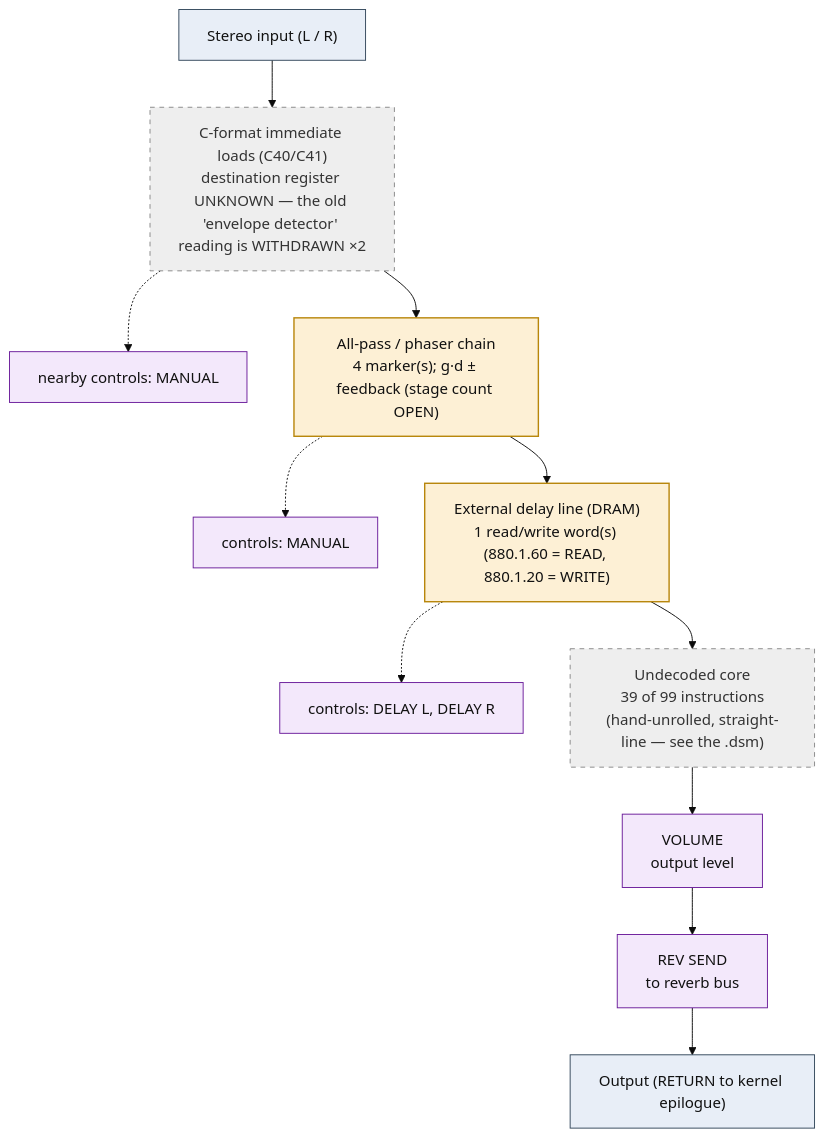
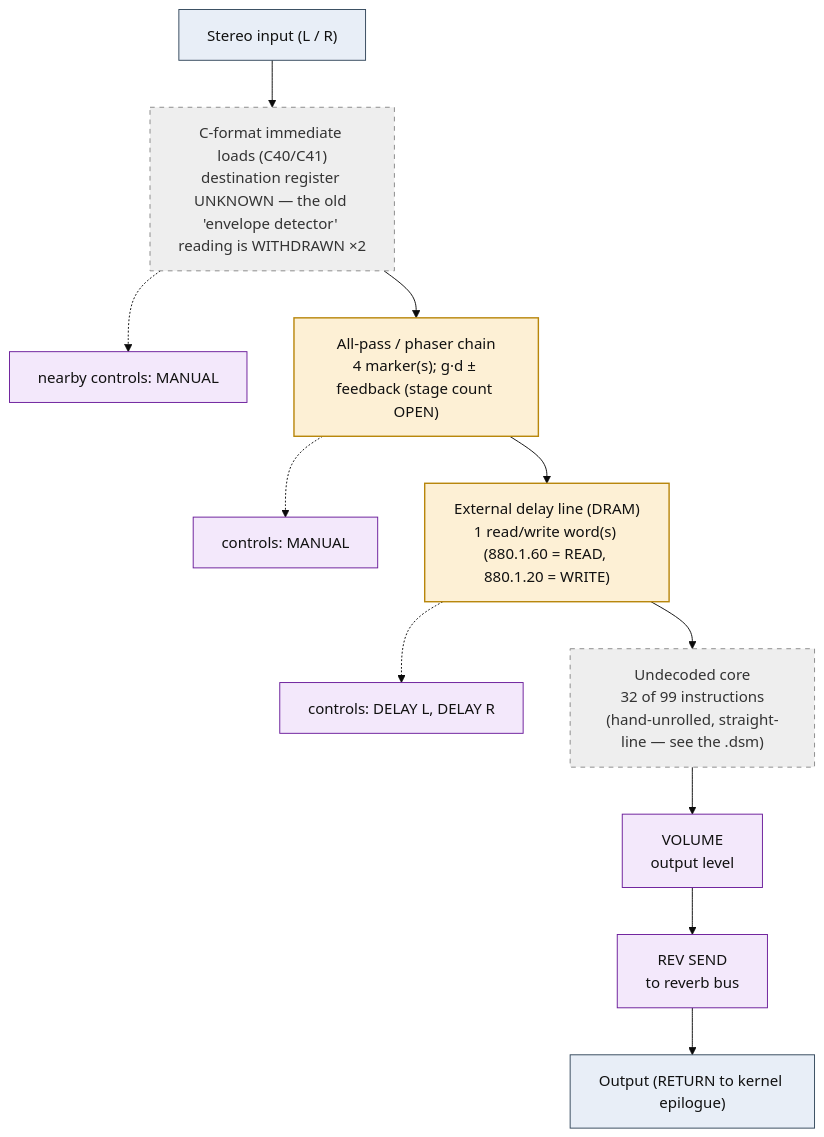
One commit to ArqueologiaDigital/kn5000-roms-disasm changed the diagram in dsp/flowcharts/prog03_enhancer.md. Above: the diagram before and after it, drawn with Mermaid (base theme). The commit also changed other lines of this file and 78 other files, not shown here.

````diff
--- a/dsp/flowcharts/prog03_enhancer.md
+++ b/dsp/flowcharts/prog03_enhancer.md
@@ -12,35 +12,35 @@
 ```mermaid
 flowchart TD
     N0["Stereo input (L / R)"]
     N1["C-format immediate loads (C40/C41)<br/>destination register UNKNOWN &mdash; the old 'envelope detector' reading is WITHDRAWN &times;2"]
     N0 --> N1
     N2["nearby controls: MANUAL"]
     N1 -.-> N2
     N3["All-pass / phaser chain<br/>4 marker(s); g&middot;d &plusmn; feedback (stage count OPEN)"]
     N1 --> N3
     N4["controls: MANUAL"]
     N3 -.-> N4
     N5["External delay line (DRAM)<br/>1 read/write word(s) (880.1.60 = READ, 880.1.20 = WRITE)"]
     N3 --> N5
     N6["controls: DELAY L, DELAY R"]
     N5 -.-> N6
-    N7["Undecoded core<br/>39 of 99 instructions<br/>(hand-unrolled, straight-line &mdash; see the .dsm)"]
+    N7["Undecoded core<br/>32 of 99 instructions<br/>(hand-unrolled, straight-line &mdash; see the .dsm)"]
     N5 --> N7
     N8["VOLUME<br/>output level"]
     N7 --> N8
     N9["REV SEND<br/>to reverb bus"]
     N8 --> N9
     N10["Output (RETURN to kernel epilogue)"]
     N9 --> N10
 
     classDef io fill:#e8eef7,stroke:#33475b,stroke-width:1px,color:#111;
     classDef proven fill:#d7f0d7,stroke:#2e7d32,stroke-width:2px,color:#111;
     classDef measured fill:#dbe9fb,stroke:#1565c0,stroke-width:1.5px,color:#111;
     classDef inferred fill:#fdf0d5,stroke:#b8860b,stroke-width:1.5px,color:#111;
     classDef open fill:#eeeeee,stroke:#888,stroke-width:1px,color:#333,stroke-dasharray:5 5;
     classDef ctrl fill:#f3e8fb,stroke:#6a1b9a,stroke-width:1px,color:#111;
     class N0,N10 io;
     class N1,N7 open;
     class N2,N4,N6,N8,N9 ctrl;
     class N3,N5 inferred;
 ```
````
